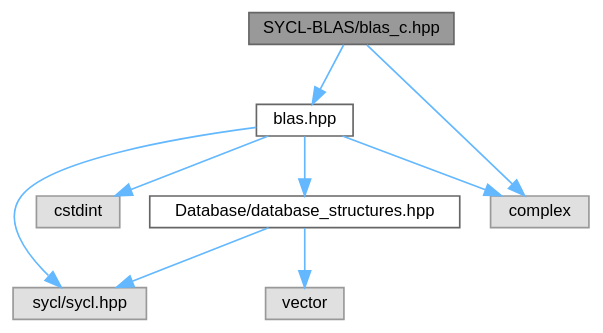
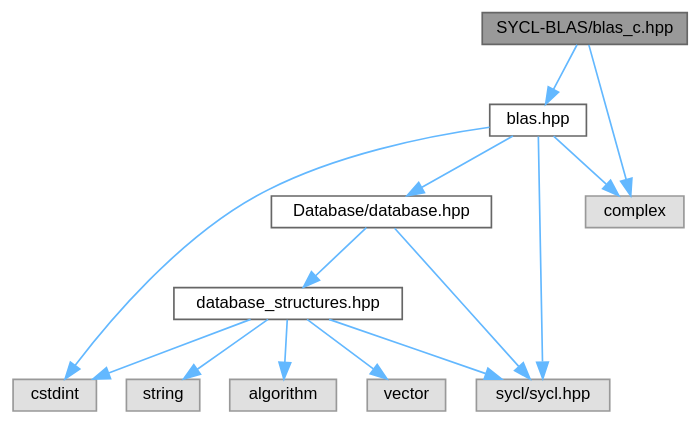
One commit to Mayukh-Banik/SYCL-BLAS changed the diagram in docs/blas__c_8hpp__incl.dot. Above: the diagram before and after it, drawn with Graphviz. The commit also changed 261 other files, not shown here.

```diff
--- a/docs/blas__c_8hpp__incl.dot
+++ b/docs/blas__c_8hpp__incl.dot
@@ -1,22 +1,30 @@
 digraph "SYCL-BLAS/blas_c.hpp"
 {
  // LATEX_PDF_SIZE
   bgcolor="transparent";
   edge [fontname=Helvetica,fontsize=10,labelfontname=Helvetica,labelfontsize=10];
   node [fontname=Helvetica,fontsize=10,shape=box,height=0.2,width=0.4];
   Node1 [id="Node000001",label="SYCL-BLAS/blas_c.hpp",height=0.2,width=0.4,color="gray40", fillcolor="grey60", style="filled", fontcolor="black",tooltip=" "];
   Node1 -> Node2 [id="edge1_Node000001_Node000002",color="steelblue1",style="solid",tooltip=" "];
   Node2 [id="Node000002",label="blas.hpp",height=0.2,width=0.4,color="grey40", fillcolor="white", style="filled",URL="$blas_8hpp.html",tooltip=" "];
   Node2 -> Node3 [id="edge2_Node000002_Node000003",color="steelblue1",style="solid",tooltip=" "];
   Node3 [id="Node000003",label="sycl/sycl.hpp",height=0.2,width=0.4,color="grey60", fillcolor="#E0E0E0", style="filled",tooltip=" "];
   Node2 -> Node4 [id="edge3_Node000002_Node000004",color="steelblue1",style="solid",tooltip=" "];
   Node4 [id="Node000004",label="cstdint",height=0.2,width=0.4,color="grey60", fillcolor="#E0E0E0", style="filled",tooltip=" "];
   Node2 -> Node5 [id="edge4_Node000002_Node000005",color="steelblue1",style="solid",tooltip=" "];
   Node5 [id="Node000005",label="complex",height=0.2,width=0.4,color="grey60", fillcolor="#E0E0E0", style="filled",tooltip=" "];
   Node2 -> Node6 [id="edge5_Node000002_Node000006",color="steelblue1",style="solid",tooltip=" "];
-  Node6 [id="Node000006",label="Database/database_structures.hpp",height=0.2,width=0.4,color="grey40", fillcolor="white", style="filled",URL="$database__structures_8hpp.html",tooltip=" "];
-  Node6 -> Node3 [id="edge6_Node000006_Node000003",color="steelblue1",style="solid",tooltip=" "];
-  Node6 -> Node7 [id="edge7_Node000006_Node000007",color="steelblue1",style="solid",tooltip=" "];
-  Node7 [id="Node000007",label="vector",height=0.2,width=0.4,color="grey60", fillcolor="#E0E0E0", style="filled",tooltip=" "];
-  Node1 -> Node5 [id="edge8_Node000001_Node000005",color="steelblue1",style="solid",tooltip=" "];
+  Node6 [id="Node000006",label="Database/database.hpp",height=0.2,width=0.4,color="grey40", fillcolor="white", style="filled",URL="$database_8hpp.html",tooltip=" "];
+  Node6 -> Node7 [id="edge6_Node000006_Node000007",color="steelblue1",style="solid",tooltip=" "];
+  Node7 [id="Node000007",label="database_structures.hpp",height=0.2,width=0.4,color="grey40", fillcolor="white", style="filled",URL="$database__structures_8hpp.html",tooltip=" "];
+  Node7 -> Node8 [id="edge7_Node000007_Node000008",color="steelblue1",style="solid",tooltip=" "];
+  Node8 [id="Node000008",label="vector",height=0.2,width=0.4,color="grey60", fillcolor="#E0E0E0", style="filled",tooltip=" "];
+  Node7 -> Node4 [id="edge8_Node000007_Node000004",color="steelblue1",style="solid",tooltip=" "];
+  Node7 -> Node9 [id="edge9_Node000007_Node000009",color="steelblue1",style="solid",tooltip=" "];
+  Node9 [id="Node000009",label="string",height=0.2,width=0.4,color="grey60", fillcolor="#E0E0E0", style="filled",tooltip=" "];
+  Node7 -> Node3 [id="edge10_Node000007_Node000003",color="steelblue1",style="solid",tooltip=" "];
+  Node7 -> Node10 [id="edge11_Node000007_Node000010",color="steelblue1",style="solid",tooltip=" "];
+  Node10 [id="Node000010",label="algorithm",height=0.2,width=0.4,color="grey60", fillcolor="#E0E0E0", style="filled",tooltip=" "];
+  Node6 -> Node3 [id="edge12_Node000006_Node000003",color="steelblue1",style="solid",tooltip=" "];
+  Node1 -> Node5 [id="edge13_Node000001_Node000005",color="steelblue1",style="solid",tooltip=" "];
 }
```
